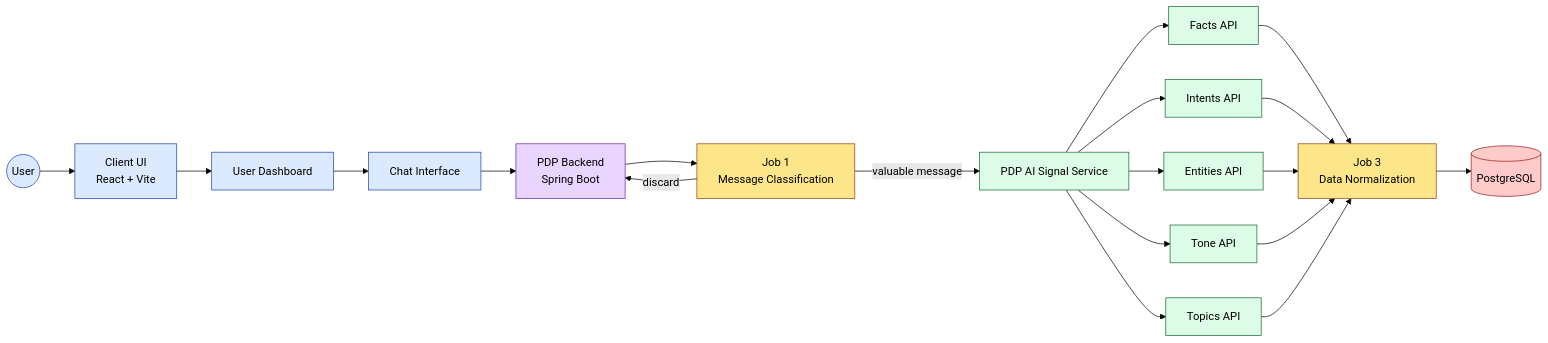
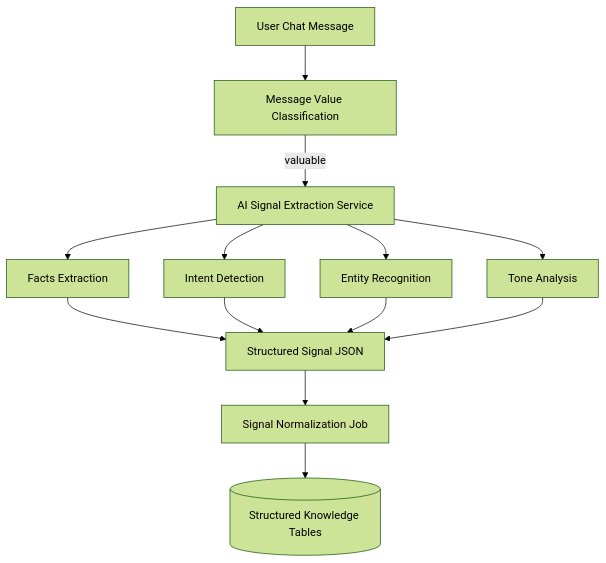
Before and after one commit to yasernoorollahi/yasernoorollahi: the first of 3 diagrams in README.md, drawn with Mermaid (forest theme). The commit also changed other lines of this file, not shown here.

Commit message:
Rename AI Processing Pipeline to AI Signal Processing Pipeline

````diff
--- a/README.md
+++ b/README.md
@@ -30,77 +30,41 @@
 ```mermaid
-flowchart LR
+flowchart TD
 
-%% CLIENT LAYER
-User((User))
+Chat[User Chat Message]
 
-UI[Client UI<br/>React + Vite]
+Classify[Message Value Classification]
 
-Dashboard[User Dashboard]
+Extract[AI Signal Extraction Service]
 
-Chat[Chat Interface]
+Facts[Facts Extraction]
 
-%% BACKEND
-API[PDP Backend<br/>Spring Boot]
+Intents[Intent Detection]
 
-%% JOB 1
-ClassifyJob[Job 1<br/>Message Classification]
+Entities[Entity Recognition]
 
-%% JOB 2
-AIService[PDP AI Signal Service]
+Tone[Tone Analysis]
 
-Facts[Facts API]
+Aggregate[Structured Signal JSON]
 
-Intents[Intents API]
+Normalize[Signal Normalization Job]
 
-Entities[Entities API]
+DB[(Structured Knowledge Tables)]
 
-Tone[Tone API]
+Chat --> Classify
 
-Topics[Topics API]
+Classify -->|valuable| Extract
 
-%% JOB 3
-NormalizeJob[Job 3<br/>Data Normalization]
+Extract --> Facts
+Extract --> Intents
+Extract --> Entities
+Extract --> Tone
 
-%% DATABASE
-DB[(PostgreSQL)]
+Facts --> Aggregate
+Intents --> Aggregate
+Entities --> Aggregate
+Tone --> Aggregate
 
-User --> UI
-UI --> Dashboard
-Dashboard --> Chat
+Aggregate --> Normalize
 
-Chat --> API
-
-API --> ClassifyJob
-
-ClassifyJob -->|valuable message| AIService
-ClassifyJob -->|discard| API
-
-AIService --> Facts
-AIService --> Intents
-AIService --> Entities
-AIService --> Tone
-AIService --> Topics
-
-Facts --> NormalizeJob
-Intents --> NormalizeJob
-Entities --> NormalizeJob
-Tone --> NormalizeJob
-Topics --> NormalizeJob
-
-NormalizeJob --> DB
-
-
-%% COLORS
-
-classDef client fill:#dbeafe,stroke:#1e40af,color:#000
-classDef backend fill:#e9d5ff,stroke:#6b21a8,color:#000
-classDef ai fill:#dcfce7,stroke:#166534,color:#000
-classDef job fill:#fde68a,stroke:#92400e,color:#000
-classDef db fill:#fecaca,stroke:#991b1b,color:#000
-
-class User,UI,Dashboard,Chat client
-class API backend
-class ClassifyJob,NormalizeJob job
-class AIService,Facts,Intents,Entities,Tone,Topics ai
-class DB db
+Normalize --> DB
 ```
````
